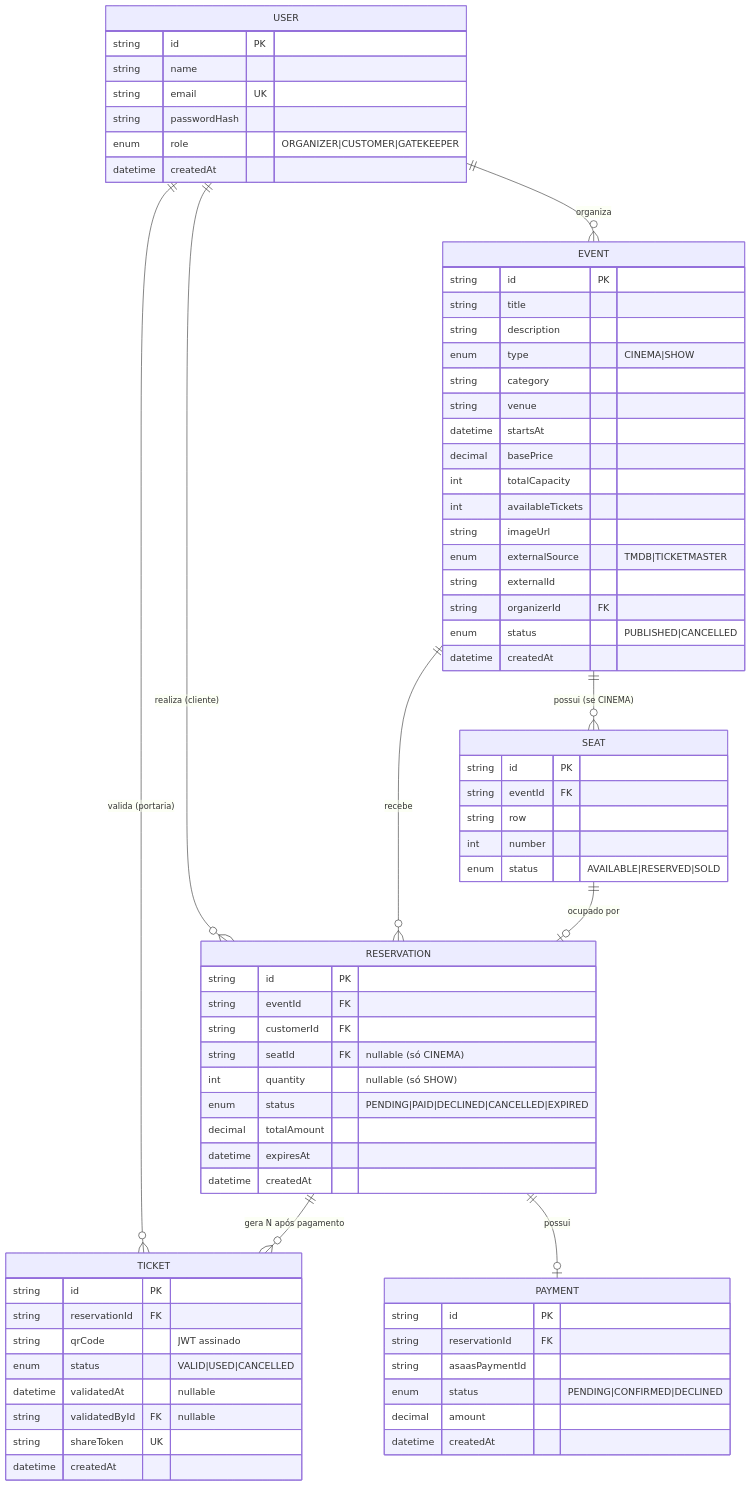
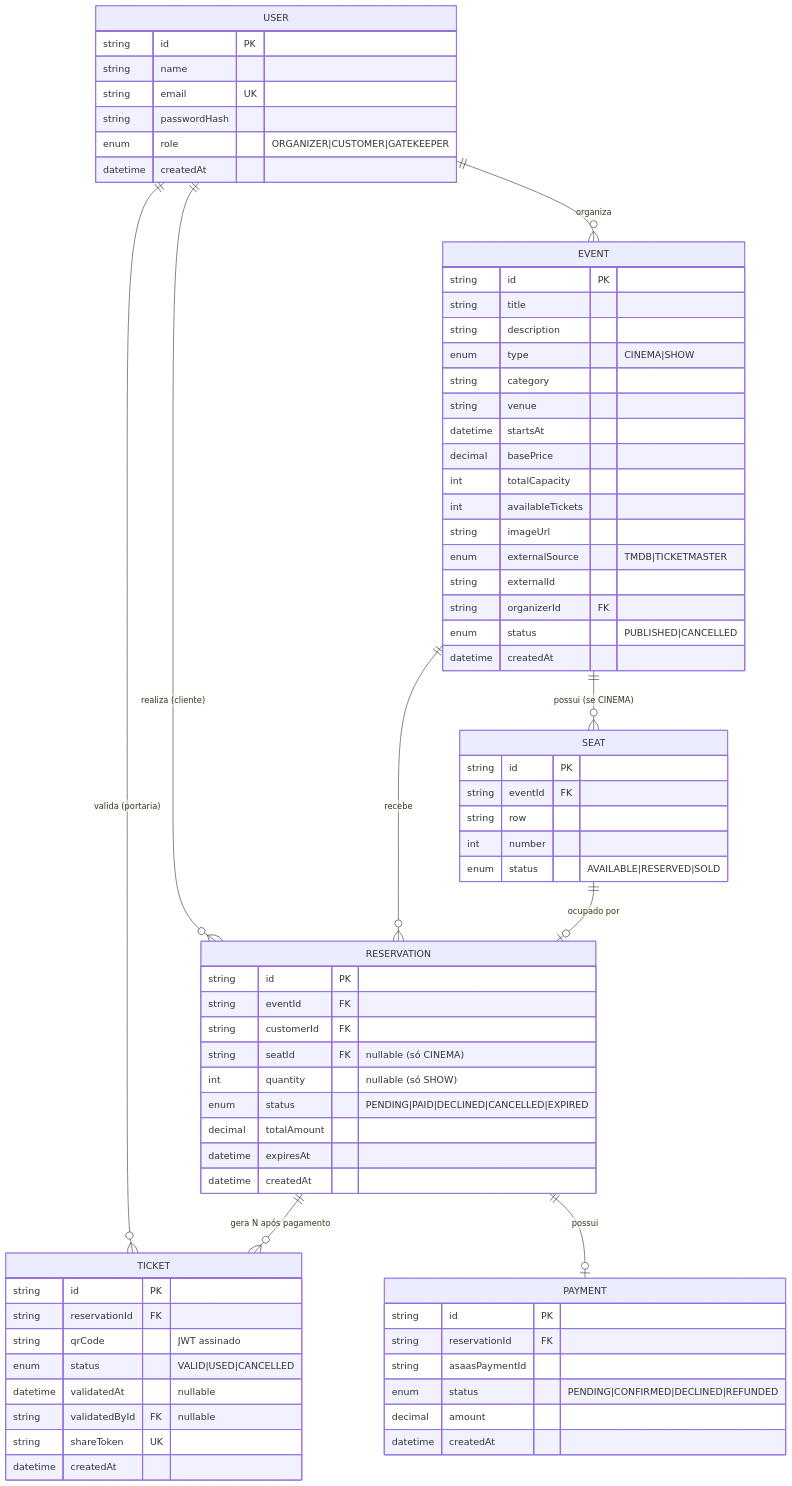
Before and after one commit to Vinicius-DEV1/plataforma-eventos-e-ingressos-verzel: the diagram in docs/SPEC.md, drawn with Mermaid. The commit also changed other lines of this file and 6 other files, not shown here.

````diff
--- a/docs/SPEC.md
+++ b/docs/SPEC.md
@@ -109,79 +109,79 @@
 ```mermaid
 erDiagram
     USER ||--o{ EVENT : "organiza"
     USER ||--o{ RESERVATION : "realiza (cliente)"
     USER ||--o{ TICKET : "valida (portaria)"
     EVENT ||--o{ SEAT : "possui (se CINEMA)"
     EVENT ||--o{ RESERVATION : "recebe"
     SEAT ||--o| RESERVATION : "ocupado por"
     RESERVATION ||--o{ TICKET : "gera N após pagamento"
     RESERVATION ||--o| PAYMENT : "possui"
 
     USER {
         string id PK
         string name
         string email UK
         string passwordHash
         enum role "ORGANIZER|CUSTOMER|GATEKEEPER"
         datetime createdAt
     }
 
     EVENT {
         string id PK
         string title
         string description
         enum type "CINEMA|SHOW"
         string category
         string venue
         datetime startsAt
         decimal basePrice
         int totalCapacity
         int availableTickets
         string imageUrl
         enum externalSource "TMDB|TICKETMASTER"
         string externalId
         string organizerId FK
         enum status "PUBLISHED|CANCELLED"
         datetime createdAt
     }
 
     SEAT {
         string id PK
         string eventId FK
         string row
         int number
         enum status "AVAILABLE|RESERVED|SOLD"
     }
 
     RESERVATION {
         string id PK
         string eventId FK
         string customerId FK
         string seatId FK "nullable (só CINEMA)"
         int quantity "nullable (só SHOW)"
         enum status "PENDING|PAID|DECLINED|CANCELLED|EXPIRED"
         decimal totalAmount
         datetime expiresAt
         datetime createdAt
     }
 
     TICKET {
         string id PK
         string reservationId FK
         string qrCode "JWT assinado"
         enum status "VALID|USED|CANCELLED"
         datetime validatedAt "nullable"
         string validatedById FK "nullable"
         string shareToken UK
         datetime createdAt
     }
 
     PAYMENT {
         string id PK
         string reservationId FK
         string asaasPaymentId
-        enum status "PENDING|CONFIRMED|DECLINED"
+        enum status "PENDING|CONFIRMED|DECLINED|REFUNDED"
         decimal amount
         datetime createdAt
     }
 ```
````
